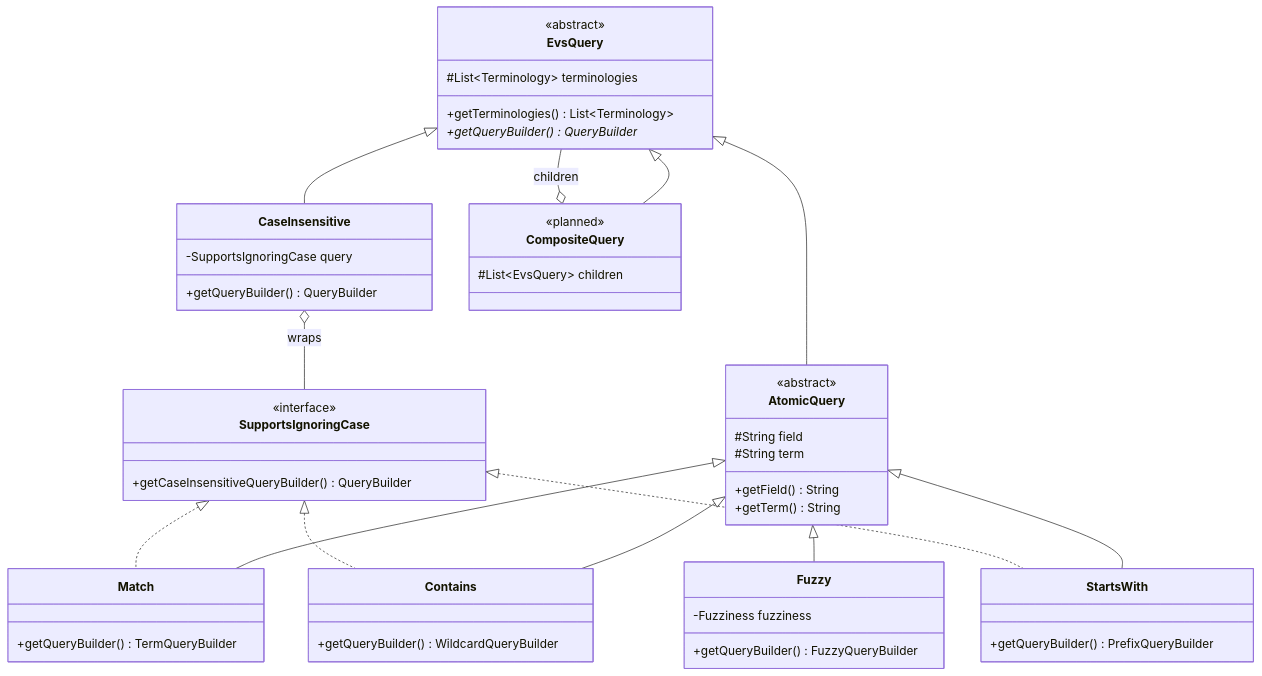
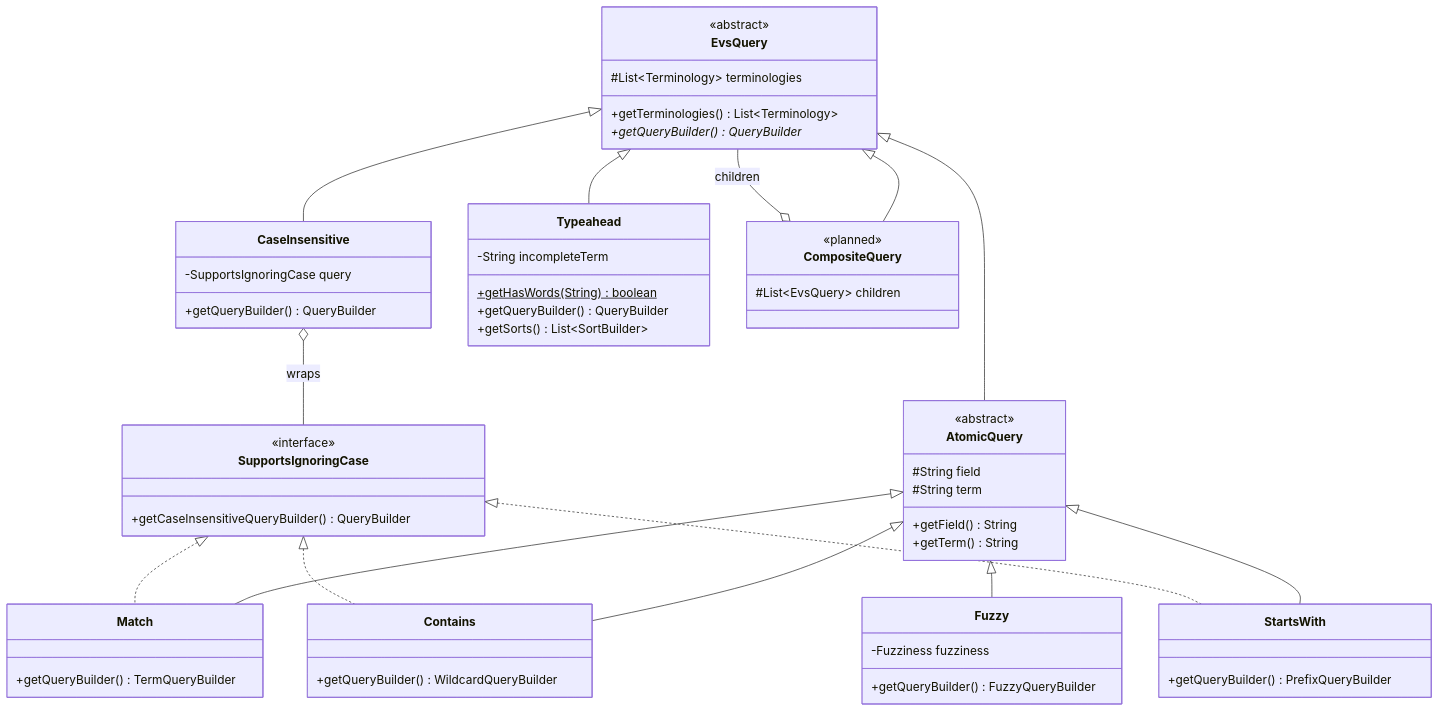
The diagram in src/main/java/gov/nih/nci/evs/api/query/README.md (WestCoastInformatics/evsrestapi), drawn with Mermaid before and after one commit. The commit also changed other lines of this file and 4 other files, not shown here.

First line of the commit message:
Move typeahead query and ranking into a Typeahead query strategy

````diff
--- a/src/main/java/gov/nih/nci/evs/api/query/README.md
+++ b/src/main/java/gov/nih/nci/evs/api/query/README.md
@@ -20,61 +20,69 @@
 ```mermaid
 classDiagram
     direction TB
 
     class EvsQuery {
         <<abstract>>
         #List~Terminology~ terminologies
         +getTerminologies() List~Terminology~
         +getQueryBuilder()* QueryBuilder
     }
 
     class AtomicQuery {
         <<abstract>>
         #String field
         #String term
         +getField() String
         +getTerm() String
     }
 
     class SupportsIgnoringCase {
         <<interface>>
         +getCaseInsensitiveQueryBuilder() QueryBuilder
     }
 
     class CaseInsensitive {
         -SupportsIgnoringCase query
         +getQueryBuilder() QueryBuilder
     }
 
     class Match {
         +getQueryBuilder() TermQueryBuilder
     }
     class Contains {
         +getQueryBuilder() WildcardQueryBuilder
     }
     class StartsWith {
         +getQueryBuilder() PrefixQueryBuilder
     }
     class Fuzzy {
         -Fuzziness fuzziness
         +getQueryBuilder() FuzzyQueryBuilder
     }
 
+    class Typeahead {
+        -String incompleteTerm
+        +getHasWords(String)$ boolean
+        +getQueryBuilder() QueryBuilder
+        +getSorts() List~SortBuilder~
+    }
+
     class CompositeQuery {
         <<planned>>
         #List~EvsQuery~ children
     }
 
     EvsQuery <|-- AtomicQuery
     EvsQuery <|-- CompositeQuery
     EvsQuery <|-- CaseInsensitive
+    EvsQuery <|-- Typeahead
     AtomicQuery <|-- Match
     AtomicQuery <|-- Contains
     AtomicQuery <|-- StartsWith
     AtomicQuery <|-- Fuzzy
     SupportsIgnoringCase <|.. Match
     SupportsIgnoringCase <|.. Contains
     SupportsIgnoringCase <|.. StartsWith
     CompositeQuery o-- EvsQuery : children
     CaseInsensitive o-- SupportsIgnoringCase : wraps
 ```
````
